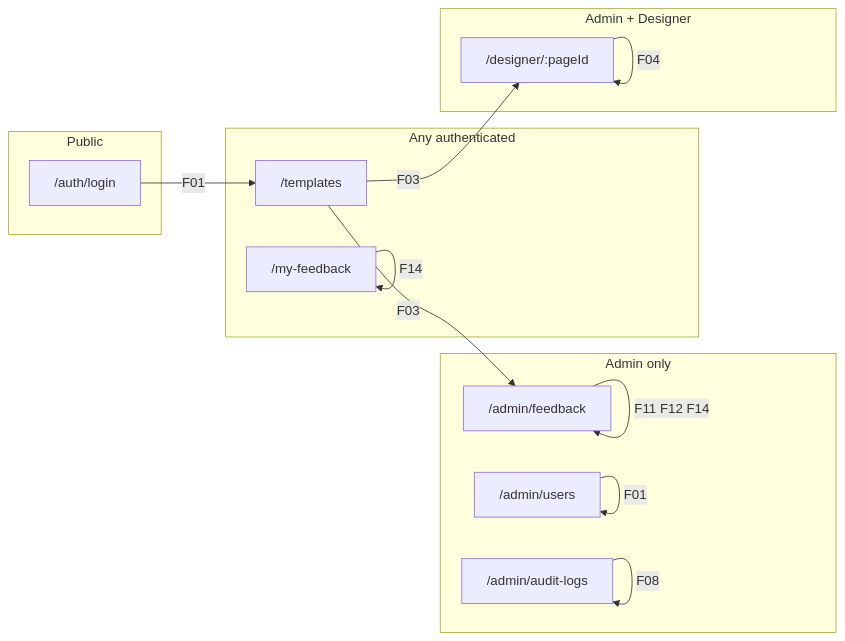
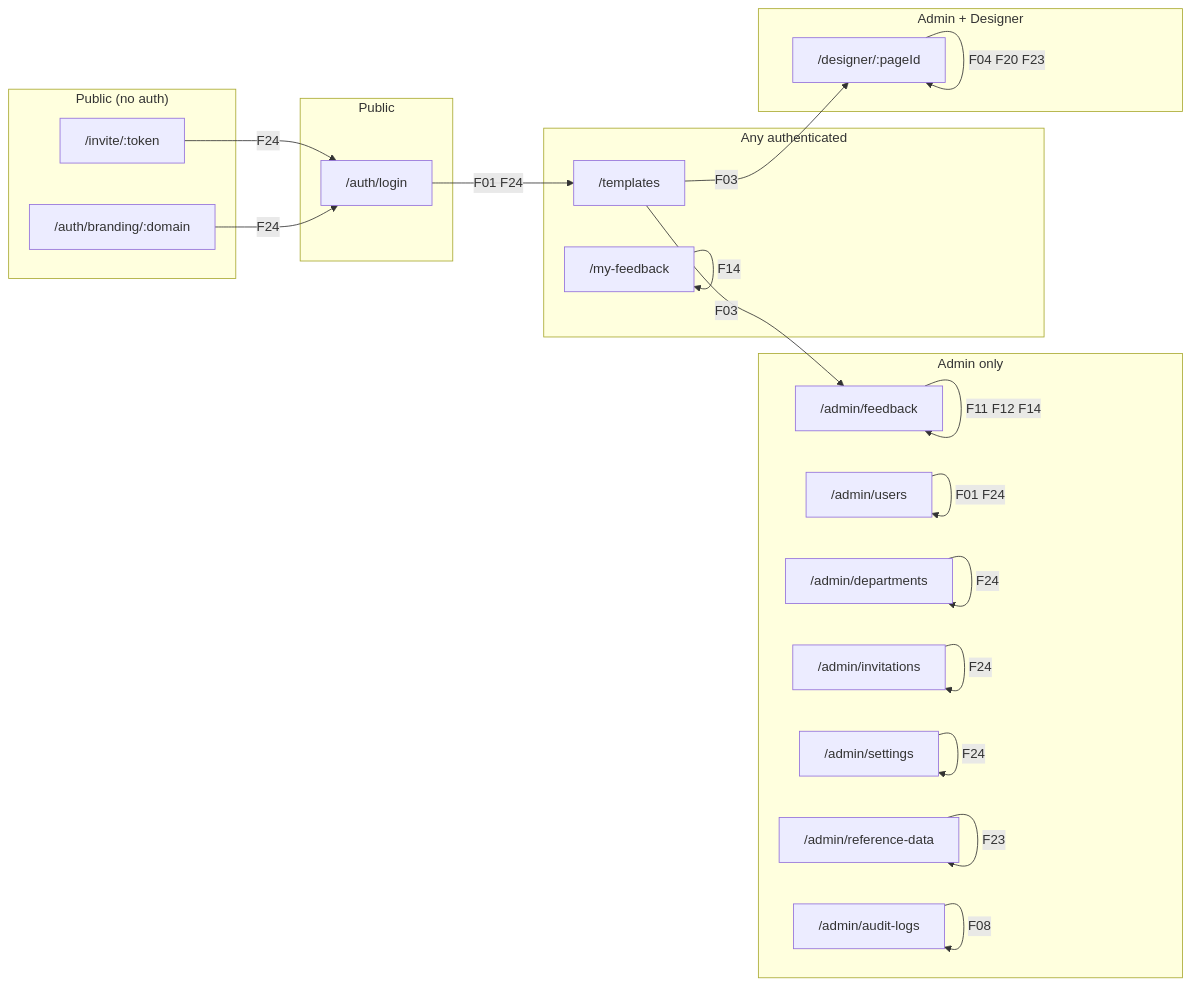
Before and after one commit to YasserHosny/FormCraft: the second of 3 diagrams in docs/flows/feature-map.md, drawn with Mermaid. The commit also changed other lines of this file and 7 other files, not shown here.

First line of the commit message:
docs: update feature flows documentation to reflect 19 features

````diff
--- a/docs/flows/feature-map.md
+++ b/docs/flows/feature-map.md
@@ -70,30 +90,45 @@
 ```mermaid
 graph LR
     subgraph "Public"
         login["/auth/login"]
     end
 
     subgraph "Any authenticated"
         templates["/templates"]
         myFeedback["/my-feedback"]
     end
 
     subgraph "Admin only"
         adminFeedback["/admin/feedback"]
         adminUsers["/admin/users"]
+        adminDepts["/admin/departments"]
+        adminInvitations["/admin/invitations"]
+        adminOrgSettings["/admin/settings"]
+        adminRefData["/admin/reference-data"]
         auditLogs["/admin/audit-logs"]
     end
 
     subgraph "Admin + Designer"
         designer["/designer/:pageId"]
     end
 
-    login -->|"F01"| templates
+    subgraph "Public (no auth)"
+        inviteAccept["/invite/:token"]
+        branding["/auth/branding/:domain"]
+    end
+
+    login -->|"F01 F24"| templates
     templates -->|"F03"| designer
-    designer -->|"F04"| designer
+    designer -->|"F04 F20 F23"| designer
     templates -->|"F03"| adminFeedback
     adminFeedback -->|"F11 F12 F14"| adminFeedback
     myFeedback -->|"F14"| myFeedback
-    adminUsers -->|"F01"| adminUsers
+    adminUsers -->|"F01 F24"| adminUsers
+    adminDepts -->|"F24"| adminDepts
+    adminInvitations -->|"F24"| adminInvitations
+    adminOrgSettings -->|"F24"| adminOrgSettings
+    adminRefData -->|"F23"| adminRefData
     auditLogs -->|"F08"| auditLogs
+    inviteAccept -->|"F24"| login
+    branding -->|"F24"| login
 ```
````
